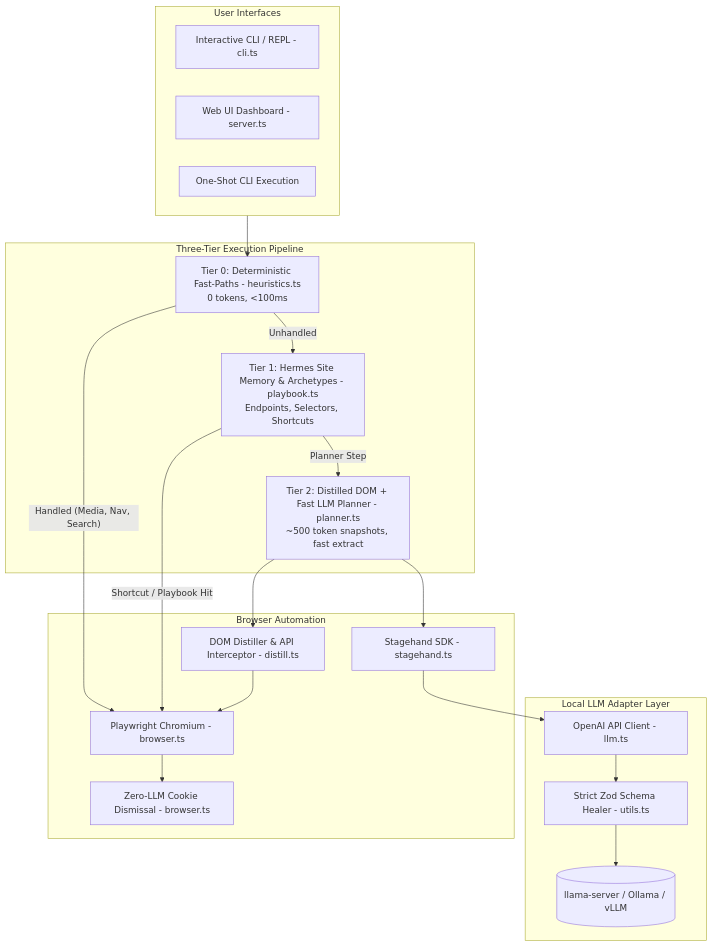
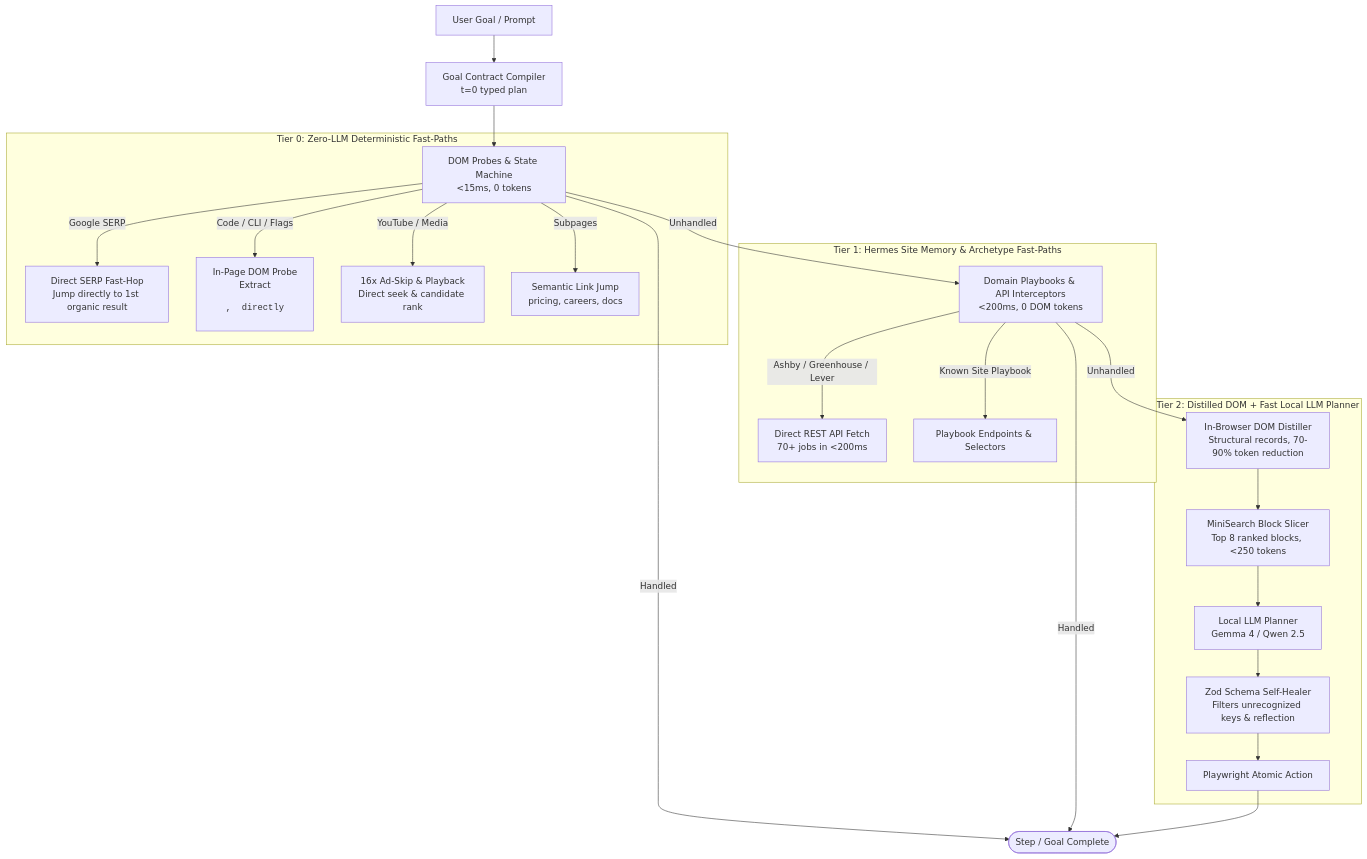
One commit to Py528/stagehand-local changed the diagram in README.md. Above: the diagram before and after it, drawn with Mermaid. The commit also changed other lines of this file and 7 other files, not shown here.

First line of the commit message:
feat(pipeline): attachment precondition validation, SERP fast-hop, and README overhaul

````diff
--- a/README.md
+++ b/README.md
@@ -71,40 +78,35 @@
 ```mermaid
 flowchart TD
-    subgraph UI_Layer [User Interfaces]
-        CLI[Interactive CLI / REPL - cli.ts]
-        WebUI[Web UI Dashboard - server.ts]
-        OneShot[One-Shot CLI Execution]
+    Goal[User Goal / Prompt] --> Compiler[Goal Contract Compiler\nt=0 typed plan]
+    Compiler --> T0
+
+    subgraph Tier0 [Tier 0: Zero-LLM Deterministic Fast-Paths]
+        T0[DOM Probes & State Machine\n<15ms, 0 tokens]
+        T0 -->|Google SERP| SERPHop[Direct SERP Fast-Hop\nJump directly to 1st organic result]
+        T0 -->|Code / CLI / Flags| DOMProbe[In-Page DOM Probe\nExtract <pre>, <code> directly]
+        T0 -->|YouTube / Media| MediaHeuristic[16x Ad-Skip & Playback\nDirect seek & candidate rank]
+        T0 -->|Subpages| SemanticNav[Semantic Link Jump\npricing, careers, docs]
     end
 
-    subgraph Tiered_Pipeline [Three-Tier Execution Pipeline]
-        T0[Tier 0: Deterministic Fast-Paths - heuristics.ts\n0 tokens, <100ms]
-        T1[Tier 1: Hermes Site Memory & Archetypes - playbook.ts\nEndpoints, Selectors, Shortcuts]
-        T2[Tier 2: Distilled DOM + Fast LLM Planner - planner.ts\n~500 token snapshots, fast extract]
+    T0 -- Handled --> Done([Step / Goal Complete])
+    T0 -- Unhandled --> T1
+
+    subgraph Tier1 [Tier 1: Hermes Site Memory & Archetype Fast-Paths]
+        T1[Domain Playbooks & API Interceptors\n<200ms, 0 DOM tokens]
+        T1 -->|Ashby / Greenhouse / Lever| ATSFastPath[Direct REST API Fetch\n70+ jobs in <200ms]
+        T1 -->|Known Site Playbook| PlaybookHit[Playbook Endpoints & Selectors]
     end
 
-    subgraph LLM_Adapter [Local LLM Adapter Layer]
-        LLMAdapter[OpenAI API Client - llm.ts]
-        ZodHealer[Strict Zod Schema Healer - utils.ts]
-        LlamaServer[(llama-server / Ollama / vLLM)]
+    T1 -- Handled --> Done
+    T1 -- Unhandled --> T2
+
+    subgraph Tier2 [Tier 2: Distilled DOM + Fast Local LLM Planner]
+        T2[In-Browser DOM Distiller\nStructural records, 70-90% token reduction]
+        T2 --> MiniSearch[MiniSearch Block Slicer\nTop 8 ranked blocks, <250 tokens]
+        MiniSearch --> LLM[Local LLM Planner\nGemma 4 / Qwen 2.5]
+        LLM --> ZodHealer[Zod Schema Self-Healer\nFilters unrecognized keys & reflection]
+        ZodHealer --> BrowserAct[Playwright Atomic Action]
     end
 
-    subgraph Browser_Layer [Browser Automation]
-        StagehandSDK[Stagehand SDK - stagehand.ts]
-        Playwright[Playwright Chromium - browser.ts]
-        Distill[DOM Distiller & API Interceptor - distill.ts]
-        DOMScanner[Zero-LLM Cookie Dismissal - browser.ts]
-    end
-
-    UI_Layer --> T0
-    T0 -- Handled (Media, Nav, Search) --> Playwright
-    T0 -- Unhandled --> T1
-    T1 -- Shortcut / Playbook Hit --> Playwright
-    T1 -- Planner Step --> T2
-    T2 --> Distill
-    Distill --> Playwright
-    T2 --> StagehandSDK
-    StagehandSDK --> LLMAdapter
-    LLMAdapter --> ZodHealer
-    ZodHealer --> LlamaServer
-    Playwright --> DOMScanner
+    BrowserAct --> Done
 ```
````
